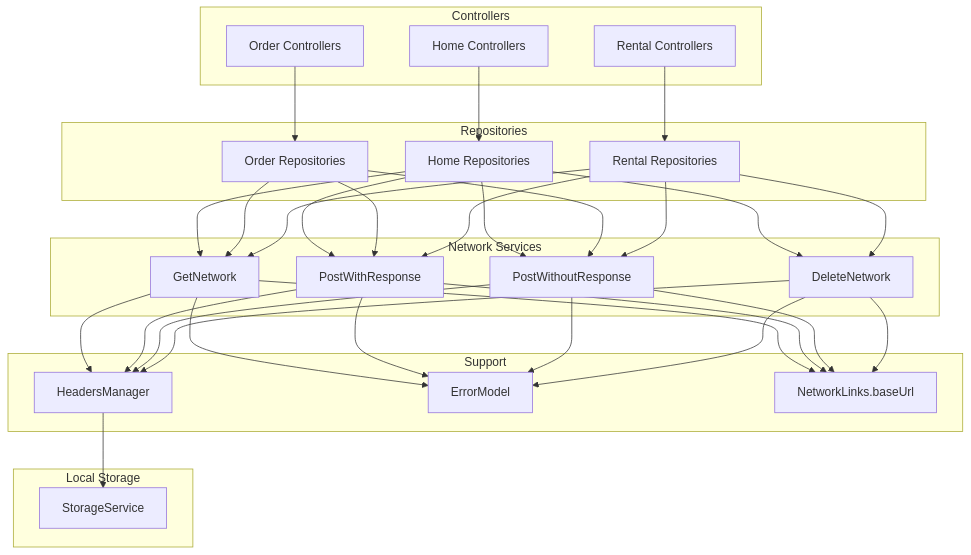
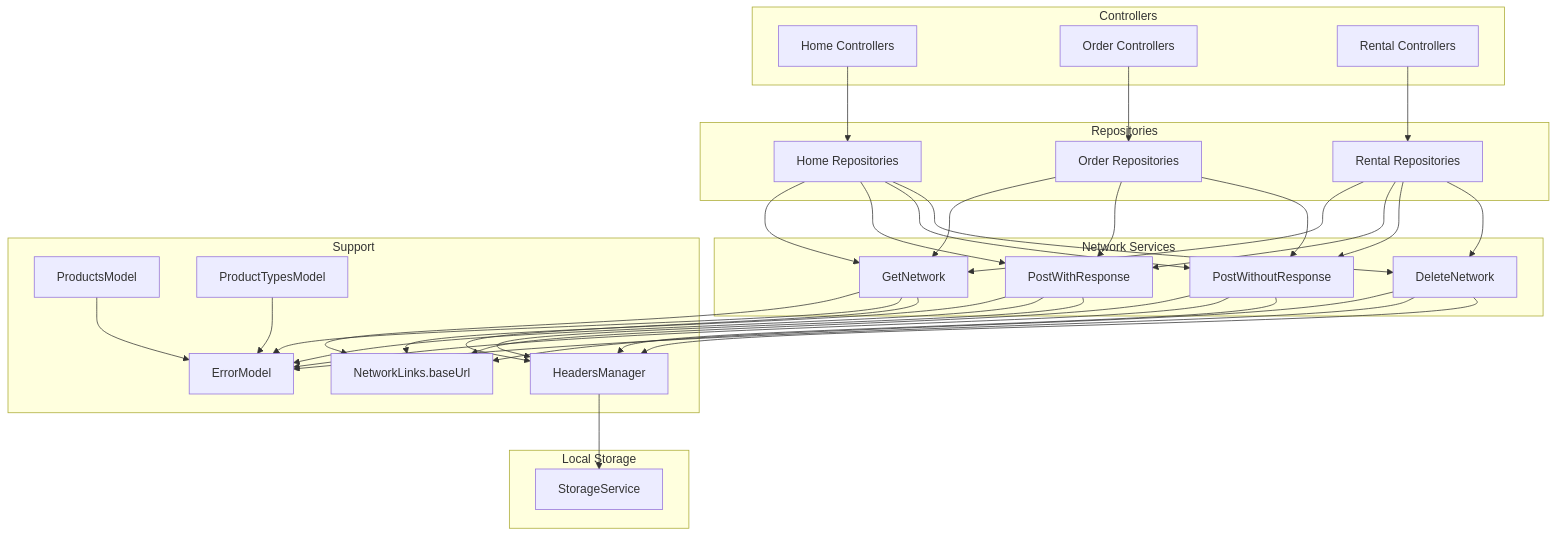
Before and after one commit to Ariful3111/FurniGo: the second of 10 diagrams in .qoder/repowiki/en/content/Architecture Overview/Data Layer Architecture.md, drawn with Mermaid. The commit also changed other lines of this file and 8 other files, not shown here.

````diff
--- a/.qoder/repowiki/en/content/Architecture Overview/Data Layer Architecture.md
+++ b/.qoder/repowiki/en/content/Architecture Overview/Data Layer Architecture.md
@@ -134,54 +155,58 @@
 ```mermaid
 graph TB
 subgraph "Controllers"
 HC["Home Controllers"]
 OC["Order Controllers"]
 RC["Rental Controllers"]
 end
 subgraph "Repositories"
 HR["Home Repositories"]
 OR["Order Repositories"]
 RR["Rental Repositories"]
 end
 subgraph "Network Services"
 GN["GetNetwork"]
 PWR["PostWithResponse"]
 PWO["PostWithoutResponse"]
 DN["DeleteNetwork"]
 end
 subgraph "Local Storage"
 SS["StorageService"]
 end
 subgraph "Support"
 HM["HeadersManager"]
 EM["ErrorModel"]
 NP["NetworkLinks.baseUrl"]
+PM["ProductsModel"]
+PTM["ProductTypesModel"]
 end
 HC --> HR
 OC --> OR
 RC --> RR
 HR --> GN
 OR --> GN
 RR --> GN
 HR --> PWR
 OR --> PWR
 RR --> PWR
 HR --> PWO
 OR --> PWO
 RR --> PWO
 HR --> DN
 RR --> DN
 GN --> NP
 PWR --> NP
 PWO --> NP
 DN --> NP
 GN --> EM
 PWR --> EM
 PWO --> EM
 DN --> EM
 HM --> SS
 GN --> HM
 PWR --> HM
 PWO --> HM
 DN --> HM
+PM --> EM
+PTM --> EM
 ```
````
